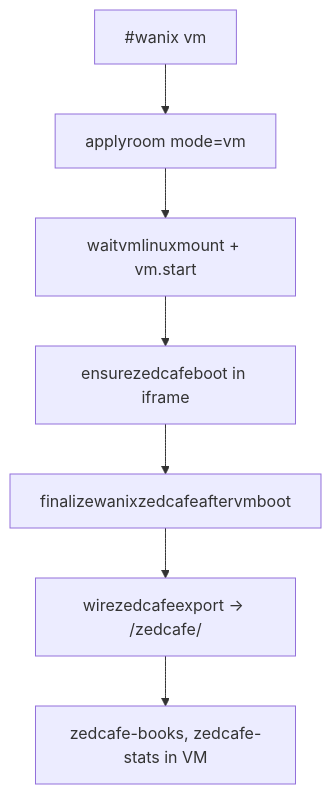
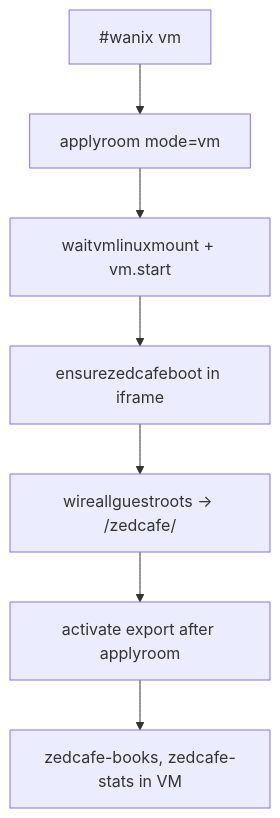
The sixth of 9 diagrams in zss/feature/wanix/README.md (goldbuick/zed-software-system), drawn with Mermaid before and after one commit. The commit also changed other lines of this file and 10 other files, not shown here.

````diff
--- a/zss/feature/wanix/README.md
+++ b/zss/feature/wanix/README.md
@@ -298,12 +297,12 @@
 ```mermaid
 flowchart TB
   CLI["#wanix vm"]
   Apply["applyroom mode=vm"]
   Linux["waitvmlinuxmount + vm.start"]
   Boot["ensurezedcafeboot in iframe"]
-  Final["finalizewanixzedcafeaftervmboot"]
-  Bind["wirezedcafeexport → /zedcafe/"]
+  Bind["wireallguestroots → /zedcafe/"]
+  Activate["activate export after applyroom"]
   Shell["zedcafe-books, zedcafe-stats in VM"]
 
-  CLI --> Apply --> Linux --> Boot --> Final --> Bind --> Shell
+  CLI --> Apply --> Linux --> Boot --> Bind --> Activate --> Shell
 ```
````
